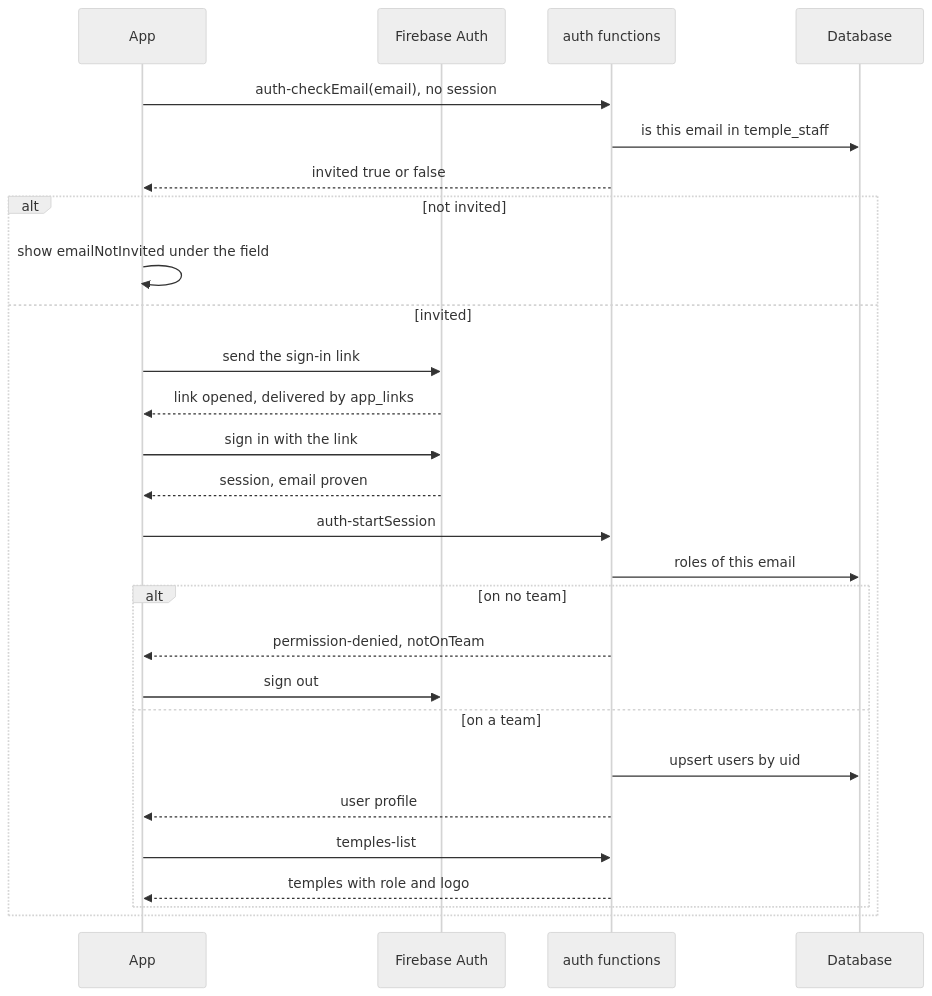
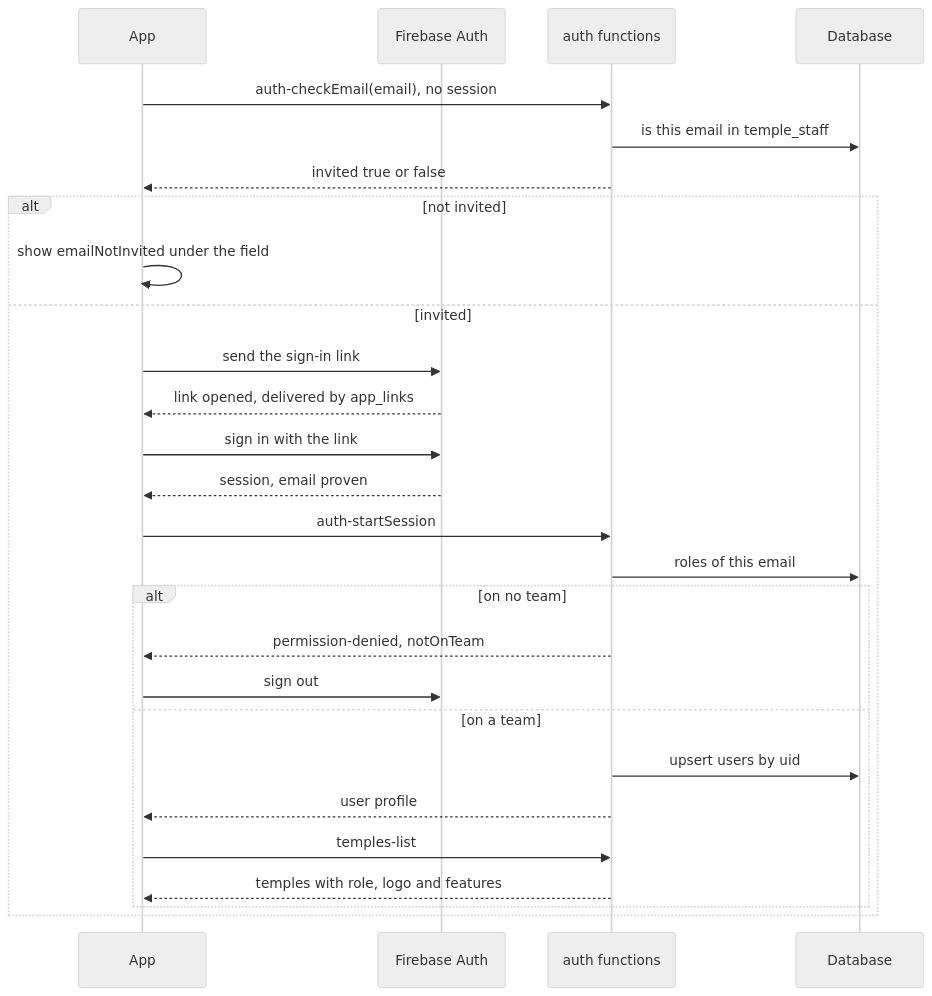
The fifth of 7 diagrams in functions/ARCHITECTURE.md (CodingWithTashi/NorbuFlow), drawn with Mermaid (neutral theme) before and after one commit. The commit also changed other lines of this file and 18 other files, not shown here.

````diff
--- a/functions/ARCHITECTURE.md
+++ b/functions/ARCHITECTURE.md
@@ -177,30 +178,30 @@
 ```mermaid
 sequenceDiagram
   participant App
   participant FA as Firebase Auth
   participant F as auth functions
   participant DB as Database
 
   App->>F: auth-checkEmail(email), no session
   F->>DB: is this email in temple_staff
   F-->>App: invited true or false
   alt not invited
     App->>App: show emailNotInvited under the field
   else invited
     App->>FA: send the sign-in link
     FA-->>App: link opened, delivered by app_links
     App->>FA: sign in with the link
     FA-->>App: session, email proven
     App->>F: auth-startSession
     F->>DB: roles of this email
     alt on no team
       F-->>App: permission-denied, notOnTeam
       App->>FA: sign out
     else on a team
       F->>DB: upsert users by uid
       F-->>App: user profile
       App->>F: temples-list
-      F-->>App: temples with role and logo
+      F-->>App: temples with role, logo and features
     end
   end
 ```
````
